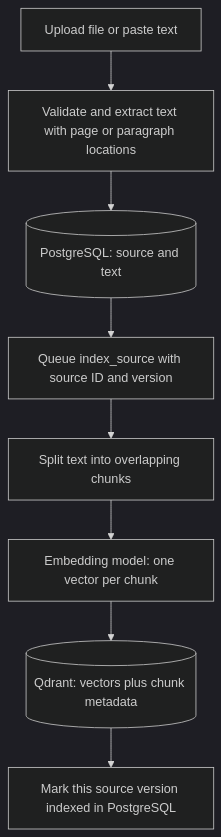
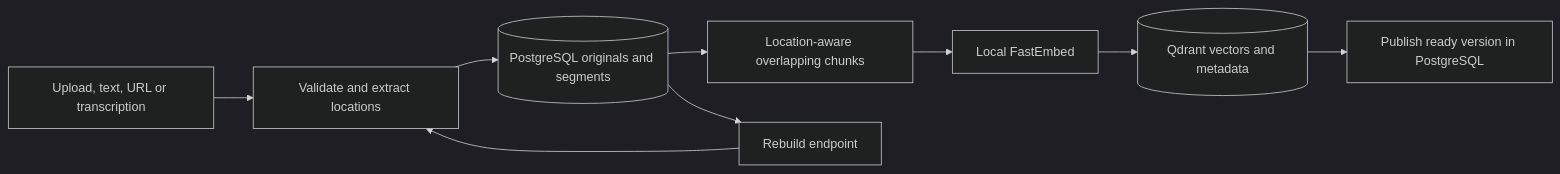
The diagram in docs/vector-indexing.md (ratuku/NotebookAI), drawn with Mermaid (dark theme) before and after one commit. The commit also changed other lines of this file and 34 other files, not shown here.

````diff
--- a/docs/vector-indexing.md
+++ b/docs/vector-indexing.md
@@ -16,10 +28,11 @@
 ```mermaid
-flowchart TD
-    A[Upload file or paste text] --> B[Validate and extract text with page or paragraph locations]
-    B --> C[(PostgreSQL: source and text)]
-    C --> D[Queue index_source with source ID and version]
-    D --> E[Split text into overlapping chunks]
-    E --> F[Embedding model: one vector per chunk]
-    F --> G[(Qdrant: vectors plus chunk metadata)]
-    G --> H[Mark this source version indexed in PostgreSQL]
+flowchart LR
+    Input[Upload, text, URL or transcription] --> Extract[Validate and extract locations]
+    Extract --> DB[(PostgreSQL originals and segments)]
+    DB --> Chunk[Location-aware overlapping chunks]
+    Chunk --> Embed[Local FastEmbed]
+    Embed --> Q[(Qdrant vectors and metadata)]
+    Q --> Ready[Publish ready version in PostgreSQL]
+    DB --> Rebuild[Rebuild endpoint]
+    Rebuild --> Extract
 ```
````
